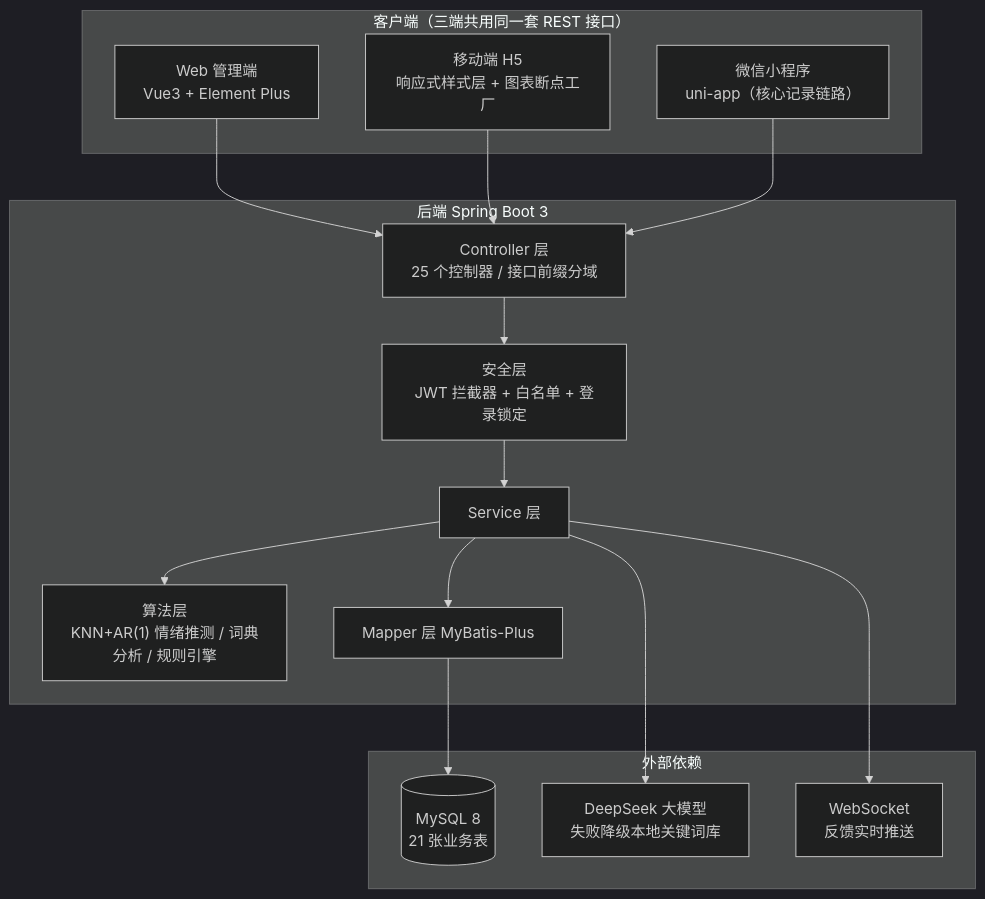
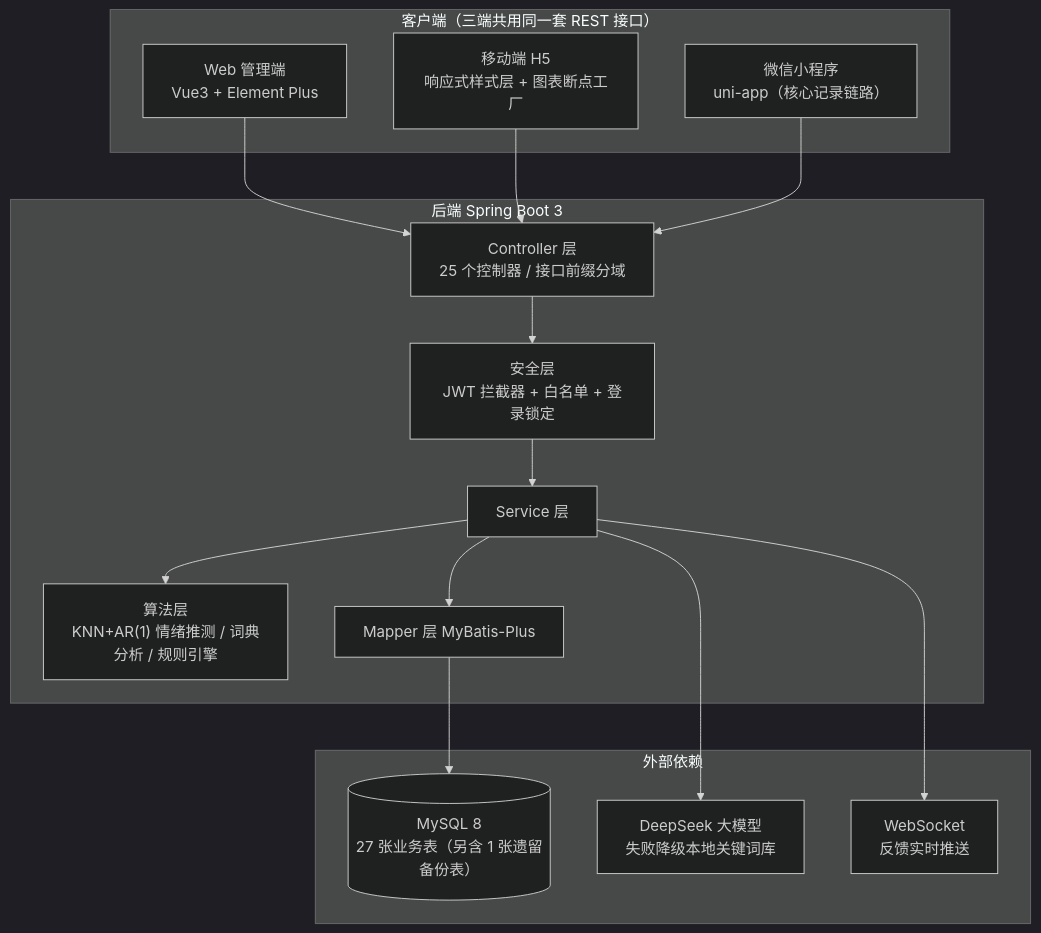
One commit to tangwenliya-hub/see-you changed the diagram in README.md. Above: the diagram before and after it, drawn with Mermaid (dark theme). The commit also changed other lines of this file and 16 other files, not shown here.

````diff
--- a/README.md
+++ b/README.md
@@ -25,31 +25,31 @@
 ```mermaid
 graph TB
     subgraph 客户端["客户端（三端共用同一套 REST 接口）"]
         WEB["Web 管理端<br/>Vue3 + Element Plus"]
         H5["移动端 H5<br/>响应式样式层 + 图表断点工厂"]
         MP["微信小程序<br/>uni-app（核心记录链路）"]
     end
 
     subgraph 后端["后端 Spring Boot 3"]
         CTRL["Controller 层<br/>25 个控制器 / 接口前缀分域"]
         SEC["安全层<br/>JWT 拦截器 + 白名单 + 登录锁定"]
         SVC["Service 层"]
         ALG["算法层<br/>KNN+AR(1) 情绪推测 / 词典分析 / 规则引擎"]
         MAP["Mapper 层 MyBatis-Plus"]
     end
 
     subgraph 外部["外部依赖"]
-        DB[("MySQL 8<br/>21 张业务表")]
+        DB[("MySQL 8<br/>27 张业务表（另含 1 张遗留备份表）")]
         AI["DeepSeek 大模型<br/>失败降级本地关键词库"]
         WS["WebSocket<br/>反馈实时推送"]
     end
 
     WEB --> CTRL
     H5 --> CTRL
     MP --> CTRL
     CTRL --> SEC --> SVC
     SVC --> ALG
     SVC --> MAP --> DB
     SVC --> AI
     SVC --> WS
 ```
````
